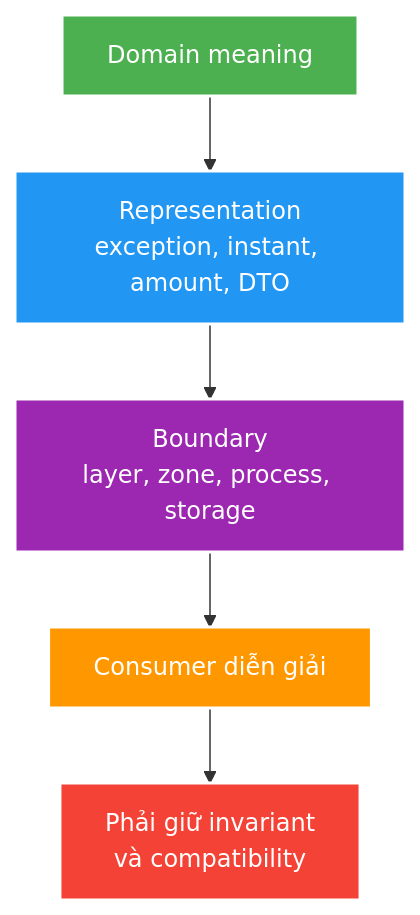
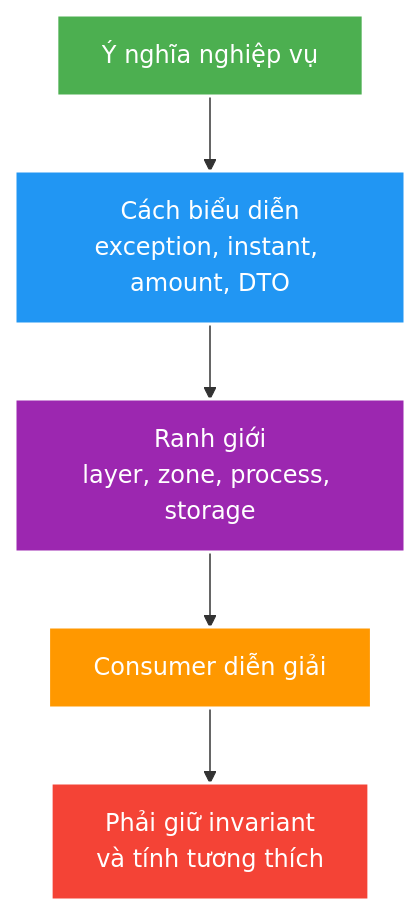
The diagram in docs/learning/topics/java/theory/core/exceptions-time-money-and-serialization-boundaries.md (HungPhan200591/live-stream-backend), drawn with Mermaid before and after one commit. The commit also changed 177 other files, not shown here.

````diff
--- a/docs/learning/topics/java/theory/core/exceptions-time-money-and-serialization-boundaries.md
+++ b/docs/learning/topics/java/theory/core/exceptions-time-money-and-serialization-boundaries.md
@@ -30,12 +30,12 @@
 ```mermaid
 flowchart TB
-    D["Domain meaning"] --> R["Representation<br/>exception, instant, amount, DTO"]
-    R --> B["Boundary<br/>layer, zone, process, storage"]
+    D["Ý nghĩa nghiệp vụ"] --> R["Cách biểu diễn<br/>exception, instant, amount, DTO"]
+    R --> B["Ranh giới<br/>layer, zone, process, storage"]
     B --> C["Consumer diễn giải"]
-    C --> I["Phải giữ invariant<br/>và compatibility"]
+    C --> I["Phải giữ invariant<br/>và tính tương thích"]
     style D fill:#4CAF50,stroke:#fff,stroke-width:2px,color:#fff
     style R fill:#2196F3,stroke:#fff,stroke-width:2px,color:#fff
     style B fill:#9C27B0,stroke:#fff,stroke-width:2px,color:#fff
     style C fill:#FF9800,stroke:#fff,stroke-width:2px,color:#fff
     style I fill:#F44336,stroke:#fff,stroke-width:2px,color:#fff
 ```
````
